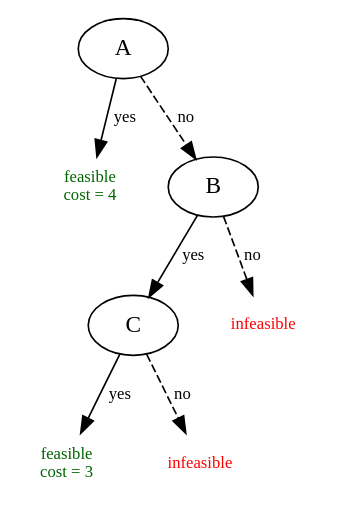
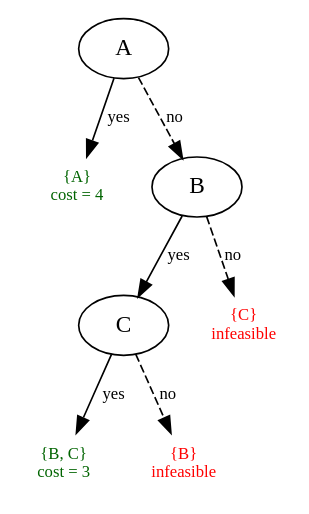
Before and after one commit to jjmccollum/greek-paul-cbgm-talk: the diagram in tex/img/branch-and-bound-example.dot, drawn with Graphviz. The commit also changed 6 other files, not shown here.

```diff
--- a/tex/img/branch-and-bound-example.dot
+++ b/tex/img/branch-and-bound-example.dot
@@ -1,16 +1,17 @@
 digraph branch_and_bound_example {
 	margin=0;
 	root [label="A"];
-	0 [shape=plaintext, label="feasible\ncost = 4", fontsize=10, fontcolor=darkgreen];
+	node[fixedsize=true];
+	0 [shape=plaintext, label="{A}\ncost = 4", fontsize=10, fontcolor=darkgreen];
 	1 [label="B"];
 	10 [label="C"];
-	11 [shape=plaintext, label="infeasible", fontsize=10, fontcolor=red];
-	100 [shape=plaintext, label="feasible\ncost = 3", fontsize=10, fontcolor=darkgreen];
-	101 [shape=plaintext, label="infeasible", fontsize=10, fontcolor=red];
+	11 [shape=plaintext, label="{C}\ninfeasible", fontsize=10, fontcolor=red];
+	100 [shape=plaintext, label="{B, C}\ncost = 3", fontsize=10, fontcolor=darkgreen];
+	101 [shape=plaintext, label="{B}\ninfeasible", fontsize=10, fontcolor=red];
 	root -> 0[label="yes", fontsize=10];
 	root -> 1[style=dashed, label="no", fontsize=10];
 	1 -> 10[label="yes", fontsize=10];
 	1 -> 11[style=dashed, label="no", fontsize=10];
 	10 -> 100[label="yes", fontsize=10];
 	10 -> 101[style=dashed, label="no", fontsize=10];
 }
```
